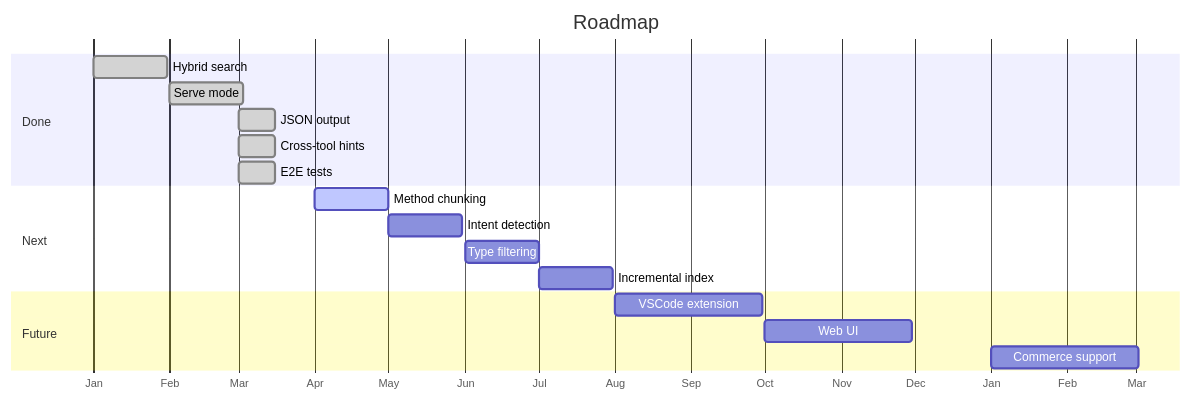
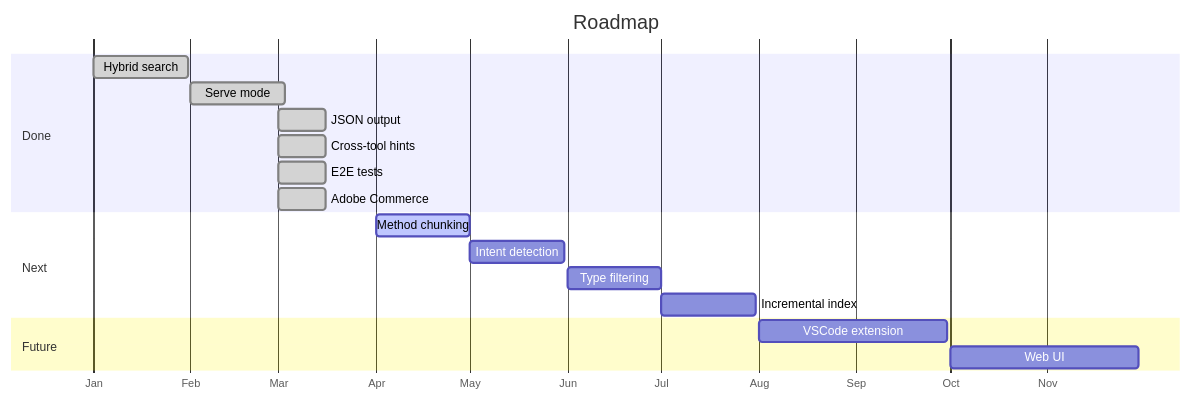
Before and after one commit to krejcif/magector: the tenth of 10 diagrams in README.md, drawn with Mermaid. The commit also changed other lines of this file and 4 other files, not shown here.

First line of the commit message:
Improve accuracy to 99.2% and add Adobe Commerce support

````diff
--- a/README.md
+++ b/README.md
@@ -843,21 +846,21 @@
 ```mermaid
 gantt
   title Roadmap
   dateFormat YYYY-MM
   axisFormat %b
   section Done
     Hybrid search       :done, 2025-01, 30d
     Serve mode          :done, 2025-02, 30d
     JSON output         :done, 2025-03, 15d
     Cross-tool hints    :done, 2025-03, 15d
     E2E tests           :done, 2025-03, 15d
+    Adobe Commerce      :done, 2025-03, 15d
   section Next
     Method chunking     :active, 2025-04, 30d
     Intent detection    :2025-05, 30d
     Type filtering      :2025-06, 30d
     Incremental index   :2025-07, 30d
   section Future
     VSCode extension    :2025-08, 60d
     Web UI              :2025-10, 60d
-    Commerce support    :2026-01, 60d
 ```
````
